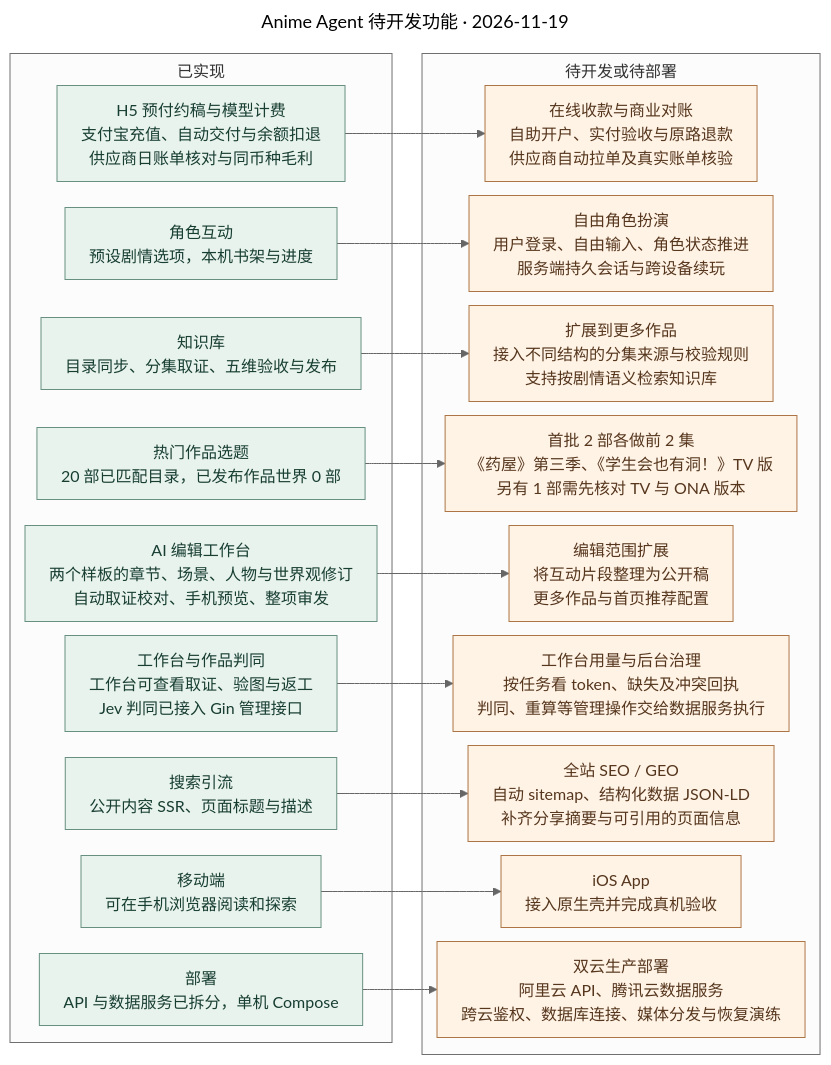
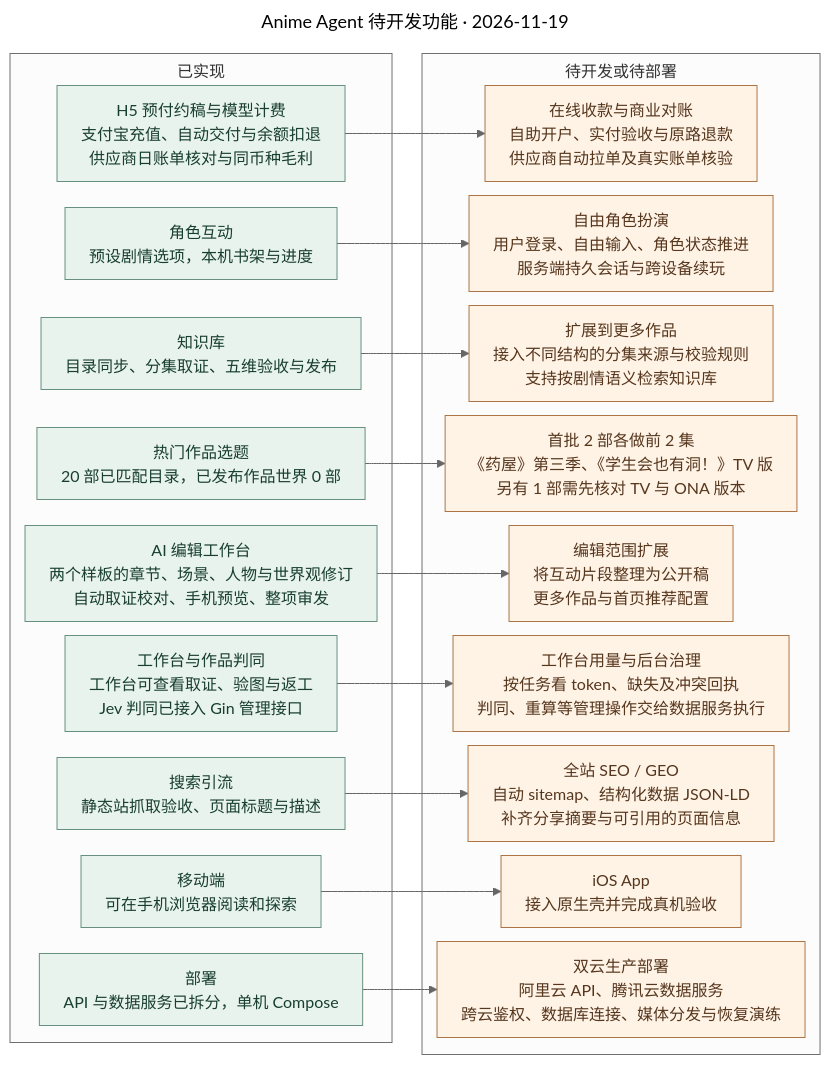
Before and after one commit to bluedao10000/player: the diagram in docs/diagrams/backlog.mmd, drawn with Mermaid (neutral theme). The commit also changed 136 other files, not shown here.

Commit message:
部署：切换静态前端与独立图片域名

```diff
--- a/docs/diagrams/backlog.mmd
+++ b/docs/diagrams/backlog.mmd
@@ -1,67 +1,67 @@
 ---
 title: Anime Agent 待开发功能 · 2026-11-19
 config:
   flowchart:
     wrappingWidth: 410
     nodeSpacing: 14
     rankSpacing: 30
     padding: 12
     subGraphTitleMargin:
       top: 5
       bottom: 10
 ---
 %% 2026-11-19 · main，以 bfabb4d 后的人物与世界观工作树及本地作品目录为基线。各行独立，箭头连接已有能力及其缺口。
 flowchart LR
     subgraph current["已实现"]
         metering["H5 预付约稿与模型计费<br/>支付宝充值、自动交付与余额扣退<br/>供应商日账单核对与同币种毛利"]
         play["角色互动<br/>预设剧情选项，本机书架与进度"]
         kb["知识库<br/>目录同步、分集取证、五维验收与发布"]
         picks["热门作品选题<br/>20 部已匹配目录，已发布作品世界 0 部"]
         edit["AI 编辑工作台<br/>两个样板的章节、场景、人物与世界观修订<br/>自动取证校对、手机预览、整项审发"]
         desk["工作台与作品判同<br/>工作台可查看取证、验图与返工<br/>Jev 判同已接入 Gin 管理接口"]
-        seo["搜索引流<br/>公开内容 SSR、页面标题与描述"]
+        seo["搜索引流<br/>静态站抓取验收、页面标题与描述"]
         app["移动端<br/>可在手机浏览器阅读和探索"]
         ops["部署<br/>API 与数据服务已拆分，单机 Compose"]
     end
     subgraph remaining["待开发或待部署"]
         bill["在线收款与商业对账<br/>自助开户、实付验收与原路退款<br/>供应商自动拉单及真实账单核验"]
         rp["自由角色扮演<br/>用户登录、自由输入、角色状态推进<br/>服务端持久会话与跨设备续玩"]
         expand["扩展到更多作品<br/>接入不同结构的分集来源与校验规则<br/>支持按剧情语义检索知识库"]
         pilot["首批 2 部各做前 2 集<br/>《药屋》第三季、《学生会也有洞！》TV 版<br/>另有 1 部需先核对 TV 与 ONA 版本"]
         cms["编辑范围扩展<br/>将互动片段整理为公开稿<br/>更多作品与首页推荐配置"]
         console["工作台用量与后台治理<br/>按任务看 token、缺失及冲突回执<br/>判同、重算等管理操作交给数据服务执行"]
         growth["全站 SEO / GEO<br/>自动 sitemap、结构化数据 JSON-LD<br/>补齐分享摘要与可引用的页面信息"]
         ios["iOS App<br/>接入原生壳并完成真机验收"]
         cloud["双云生产部署<br/>阿里云 API、腾讯云数据服务<br/>跨云鉴权、数据库连接、媒体分发与恢复演练"]
     end
     metering --> bill
     play --> rp
     kb --> expand
     picks --> pilot
     edit --> cms
     desk --> console
     seo --> growth
     app --> ios
     ops --> cloud
     classDef done fill:#e8f3ed,stroke:#679080,color:#183e32;
     classDef todo fill:#fff3e6,stroke:#ad7545,color:#56361d;
     class metering,play,kb,picks,edit,desk,seo,app,ops done
     class bill,rp,expand,pilot,cms,console,growth,ios,cloud todo
 %% metering | 此图记录 2026-11-19 的历史能力。旧约稿账本保留供核账，当前功能见功能地图。 | database/migrations/init.sql
 %% bill | 接入自助开户并完成支付宝实付验收与原路退款，将供应商自动拉单与真实合同费率校验接入现有账本。 | docs/模型用量与计费.md
 %% play | RoleplayComposer 从预设 options 选择下一步；原创故事的书架与进度保存在本机。 | apps/web/src/features/post/roleplay-controls.tsx
 %% rp | 当前 Pi 的持久任务服务于内容生产；面向读者的自由输入、服务端多轮会话、跨端身份与进度仍待接通。 | docs/产品架构.md
 %% kb | 数据服务按配置登记分集、调度取证与素材处理，验收后冻结已完成范围。 | apps/sync/cmd/sync/main.go
 %% expand | episodeSources 依赖 Naruto 官网页面结构及维基分集表；目录 API 按标题与别名查作品，接入另一种来源和剧情向量检索仍需开发。 | apps/agent/src/episode-plan.ts
 %% picks | 热度榜 20 项按 Bangumi ID 命中本地目录，其中 19 项符合现有 TV 与年份校验。 | docs/知识库构建流程.md
 %% pilot | 计划先验证续季集号与集内短篇，四集验收后用真实模型回执核算成本。《黑暗召唤师在地下恋爱中》的 TV/ONA 归属待核。 | docs/知识库构建流程.md
 %% edit | 审稿人提交一句话，在同一任务对照来源、手机预览并按任务发布章节、场景、人物介绍或世界观。 | apps/web/src/features/workbench/editor-desk.tsx
 %% cms | 两个样板已支持人物与世界观修订；更多作品、互动片段与首页推荐待开发。 | docs/产品架构.md
 %% desk | 工作台 feed 汇集同步、质检、作品、研究、图片与范围记录，暂未消费管理端用量接口。 | apps/web/src/features/workbench/feed.ts
 %% console | 当前由已授权的 Gin 请求触发判同、部分质检和重算；跨云时数据服务需要异步命令和结果协议。 | apps/api/internal/service/knowledge/curation.go
-%% seo | H5 内容可 SSR，若干路由已有 head 元信息。 | apps/web/src/routes
+%% seo | 静态站提供页面元信息与 sitemap，需复查主要爬虫对客户端渲染的支持。 | apps/web/src/routes
 %% growth | 补齐可索引公开内容的 sitemap、统一结构化数据与传播摘要；索引和引用由搜索平台决定。 | docs/功能地图.md
 %% app | 角色、阅读、互动与书架路由已经支持移动 H5。 | apps/web/src/features/post
 %% ios | iOS 包装与真机交付待实施。 | docs/产品架构.md
 %% ops | Compose 已拆出 api、sync、research-agent，运行时仍使用本机卷。 | compose.yaml
 %% cloud | 双云为目标部署，还需跨云连通、服务身份、媒体可达、备份恢复和生产发布。 | docs/部署架构.md
```
